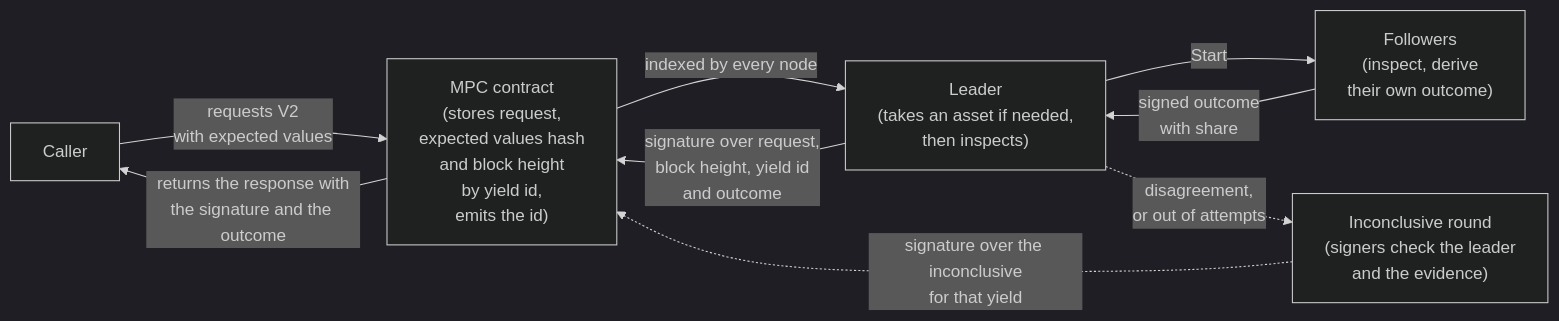
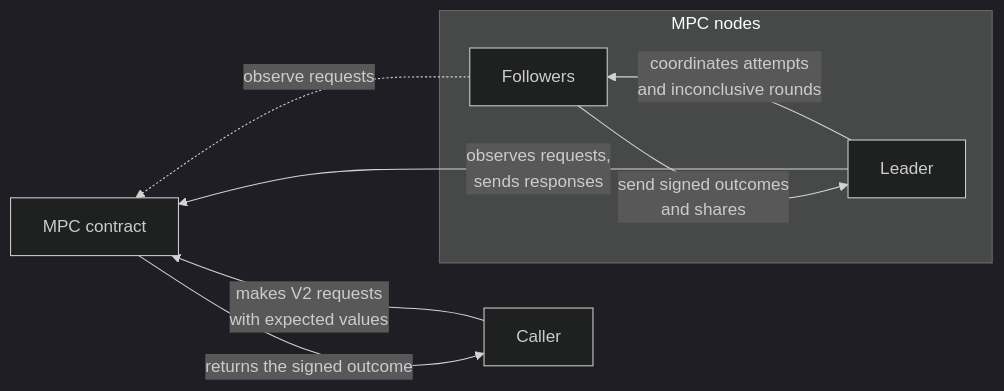
Before and after one commit to near/mpc: the diagram in docs/design/signed-foreign-transaction-outcomes/attachments/overview.mmd, drawn with Mermaid (dark theme). The commit also changed 2 other files, not shown here.

Commit message:
docs: chart the signed outcomes design by entity and drop the component labels
Redraw the overview as the caller, contract, leader and followers and their relations,
name the design sections without a "Component" prefix, and use BlockHeight for the
request block height, as the V2 types now do.

```diff
--- a/docs/design/signed-foreign-transaction-outcomes/attachments/overview.mmd
+++ b/docs/design/signed-foreign-transaction-outcomes/attachments/overview.mmd
@@ -1,9 +1,9 @@
-flowchart LR
-    C["Caller"] -->|"requests V2<br/>with expected values"| K["MPC contract<br/>(stores request,<br/>expected values hash<br/>and block height<br/>by yield id,<br/>emits the id)"]
-    K -->|"indexed by every node"| L["Leader<br/>(takes an asset if needed,<br/>then inspects)"]
-    L -->|"Start"| F["Followers<br/>(inspect, derive<br/>their own outcome)"]
-    F -->|"signed outcome<br/>with share"| L
-    L -->|"signature over request,<br/>block height, yield id<br/>and outcome"| K
-    K -->|"returns the response with<br/>the signature and the outcome"| C
-    L -.->|"disagreement,<br/>or out of attempts"| I["Inconclusive round<br/>(signers check the leader<br/>and the evidence)"]
-    I -.->|"signature over the inconclusive<br/>for that yield"| K
+flowchart RL
+    C["Caller"] -->|"makes V2 requests<br/>with expected values"| K["MPC contract"]
+    K -->|"returns the signed outcome"| C
+    subgraph N["MPC nodes"]
+        L["Leader"] -->|"coordinates attempts<br/>and inconclusive rounds"| F["Followers"]
+        F -->|"send signed outcomes<br/>and shares"| L
+    end
+    L -->|"observes requests,<br/>sends responses"| K
+    F -.->|"observe requests"| K
```
